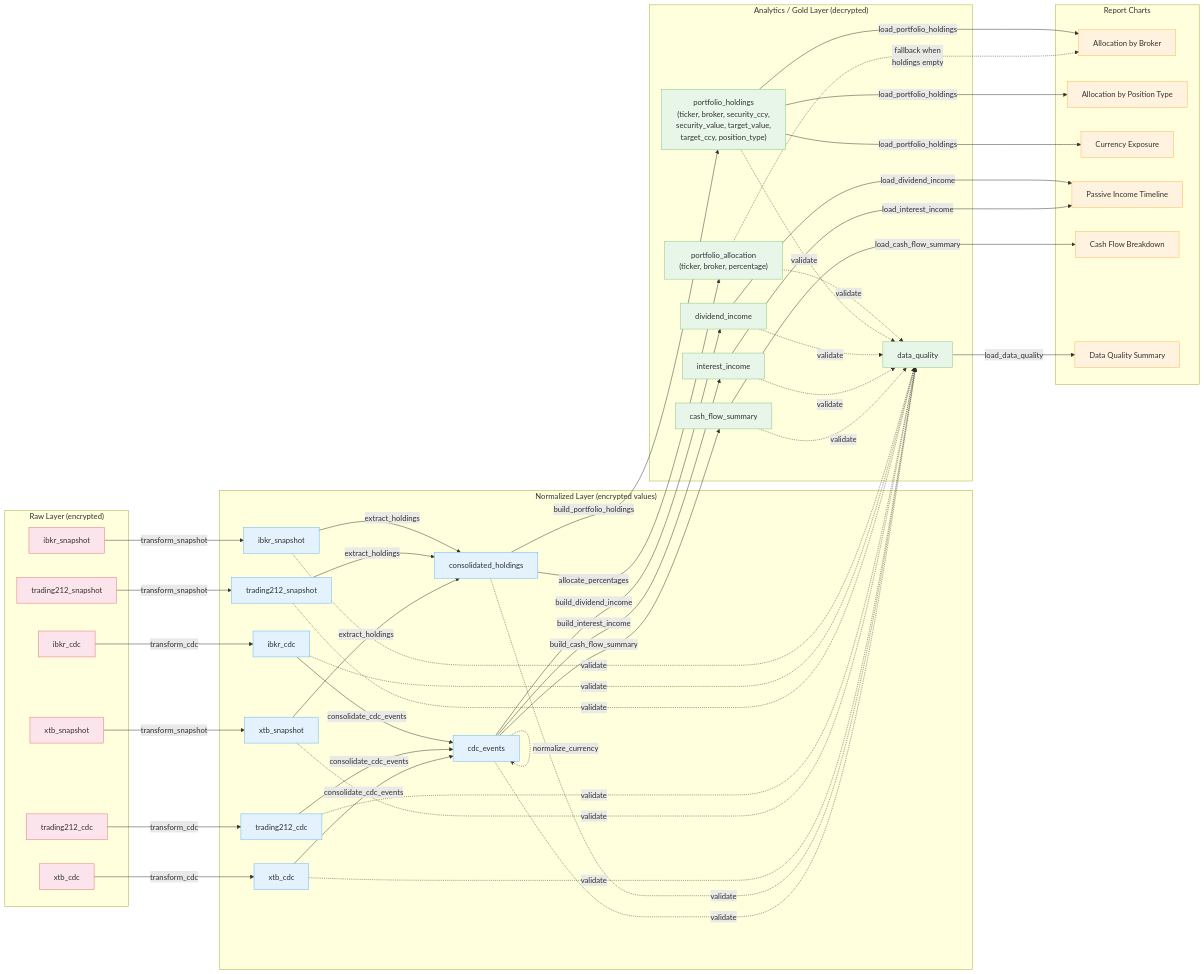
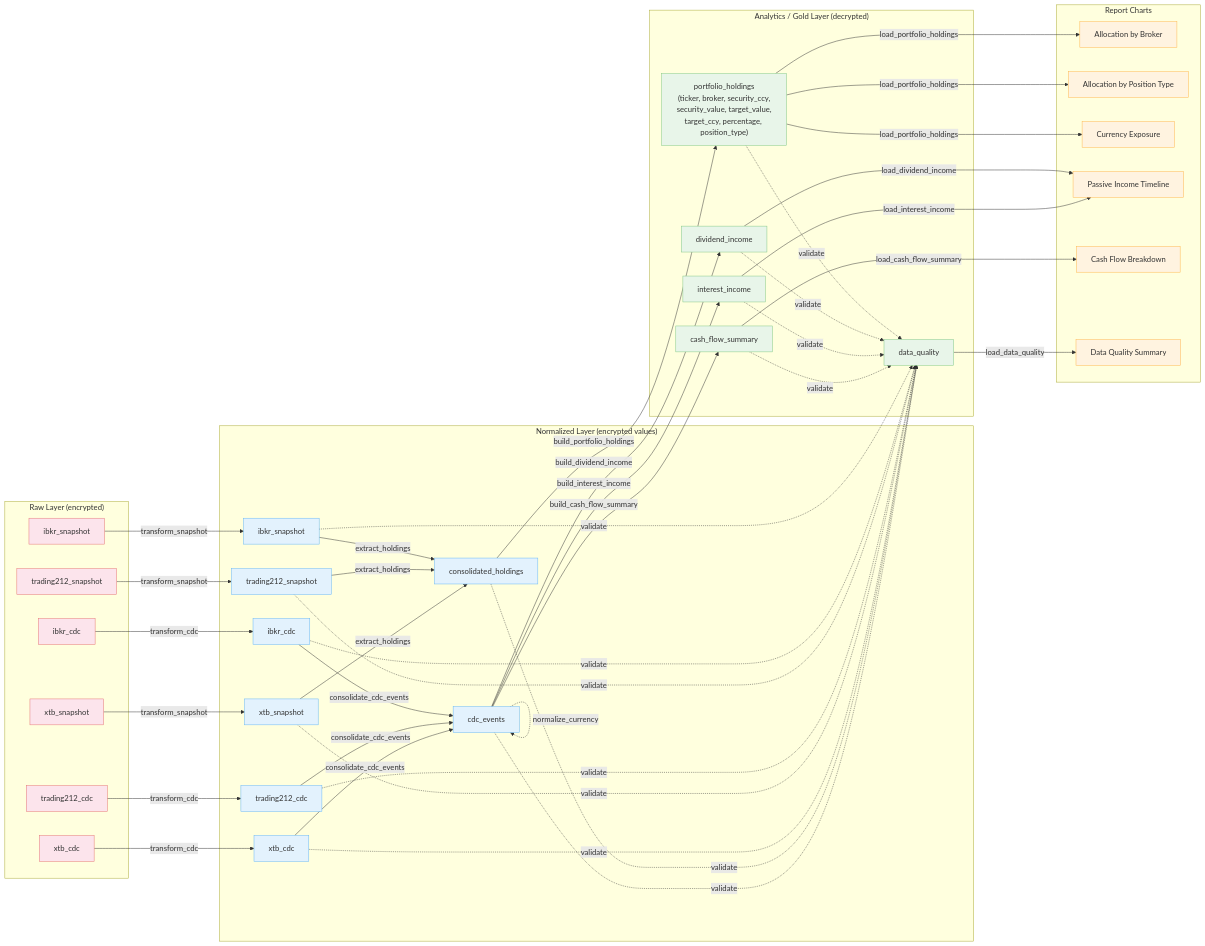
The diagram in docs/table-lineage.md (vp-1591/financial-portfolio-lakehouse), drawn with Mermaid before and after one commit. The commit also changed other lines of this file and 26 other files, not shown here.

First line of the commit message:
feat: fold portfolio_allocation into portfolio_holdings with percentage column

````diff
--- a/docs/table-lineage.md
+++ b/docs/table-lineage.md
@@ -25,8 +25,7 @@
   end
 
   subgraph gold["Analytics / Gold Layer (decrypted)"]
-    g_allocation["portfolio_allocation<br/>(ticker, broker, percentage)"]
-    g_holdings["portfolio_holdings<br/>(ticker, broker, security_ccy,<br/>security_value, target_value,<br/>target_ccy, position_type)"]
+    g_holdings["portfolio_holdings<br/>(ticker, broker, security_ccy,<br/>security_value, target_value,<br/>target_ccy, percentage, position_type)"]
     g_dividends["dividend_income"]
     g_interest["interest_income"]
     g_cashflow["cash_flow_summary"]
@@ -64,7 +63,6 @@
   n_cdc_events -.->|normalize_currency| n_cdc_events
 
   %% Consolidated → Gold
-  n_consolidated -->|allocate_percentages| g_allocation
   n_consolidated -->|build_portfolio_holdings| g_holdings
 
   %% cdc_events → Gold
@@ -81,7 +79,6 @@
   n_xtb_cdc -.->|validate| g_quality
   n_consolidated -.->|validate| g_quality
   n_cdc_events -.->|validate| g_quality
-  g_allocation -.->|validate| g_quality
   g_holdings -.->|validate| g_quality
   g_dividends -.->|validate| g_quality
   g_interest -.->|validate| g_quality
@@ -96,9 +93,6 @@
   g_cashflow -->|load_cash_flow_summary| c_cashflow
   g_quality -->|load_data_quality| c_dq
 
-  %% portfolio_allocation: fallback only, no charts
-  g_allocation -.->|"fallback when<br/>holdings empty"| c_alloc
-
   %% Styles
   classDef raw fill:#fce4ec,stroke:#e57373,color:#333
   classDef norm fill:#e3f2fd,stroke:#64b5f6,color:#333
@@ -106,6 +100,6 @@
   classDef chart fill:#fff3e0,stroke:#ffb74d,color:#333
   class r_ibkr_snap,r_ibkr_cdc,r_t212_snap,r_t212_cdc,r_xtb_snap,r_xtb_cdc raw
   class n_ibkr_snap,n_ibkr_cdc,n_t212_snap,n_t212_cdc,n_xtb_snap,n_xtb_cdc,n_consolidated,n_cdc_events norm
-  class g_allocation,g_holdings,g_dividends,g_interest,g_cashflow,g_quality gold
+  class g_holdings,g_dividends,g_interest,g_cashflow,g_quality gold
   class c_alloc,c_type,c_ccy,c_income,c_cashflow,c_dq chart
 ```
````
